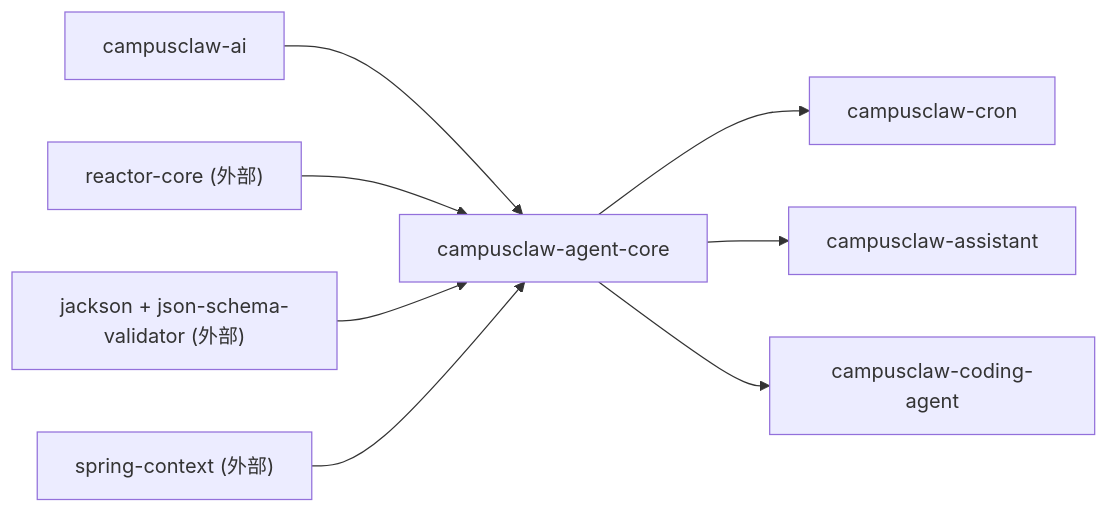
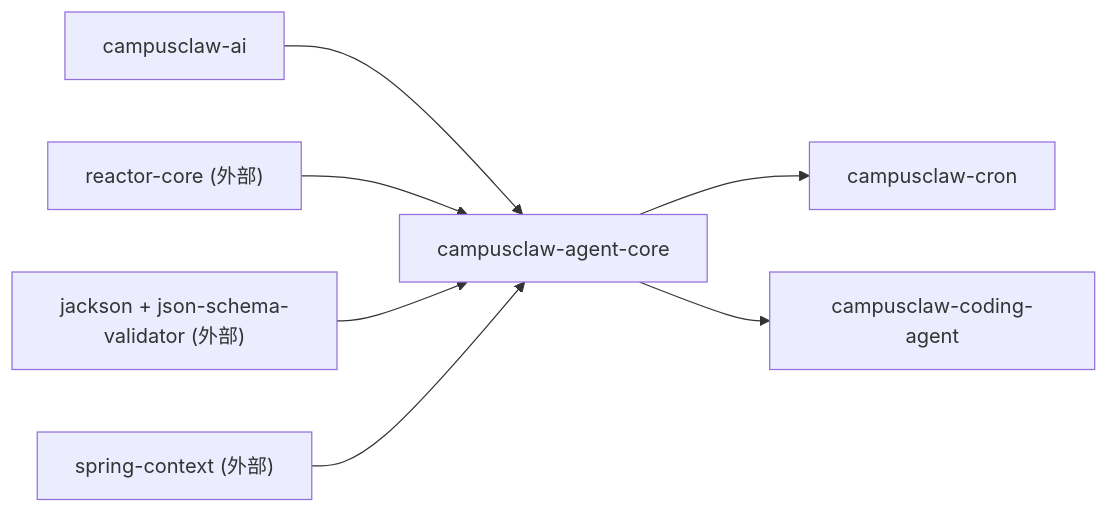
The first of 3 diagrams in docs/designs/agent-core.md (superheromeZzh/pi-mono-java), drawn with Mermaid before and after one commit. The commit also changed other lines of this file and 78 other files, not shown here.

````diff
--- a/docs/designs/agent-core.md
+++ b/docs/designs/agent-core.md
@@ -51,18 +50,16 @@
 ```mermaid
 flowchart LR
     ai["campusclaw-ai"]
     core["campusclaw-agent-core"]
     cron["campusclaw-cron"]
-    assistant["campusclaw-assistant"]
     cli["campusclaw-coding-agent"]
     reactor["reactor-core (外部)"]
     jackson["jackson + json-schema-validator (外部)"]
     spring["spring-context (外部)"]
     ai --> core
     reactor --> core
     jackson --> core
     spring --> core
     core --> cron
-    core --> assistant
     core --> cli
 ```
````
